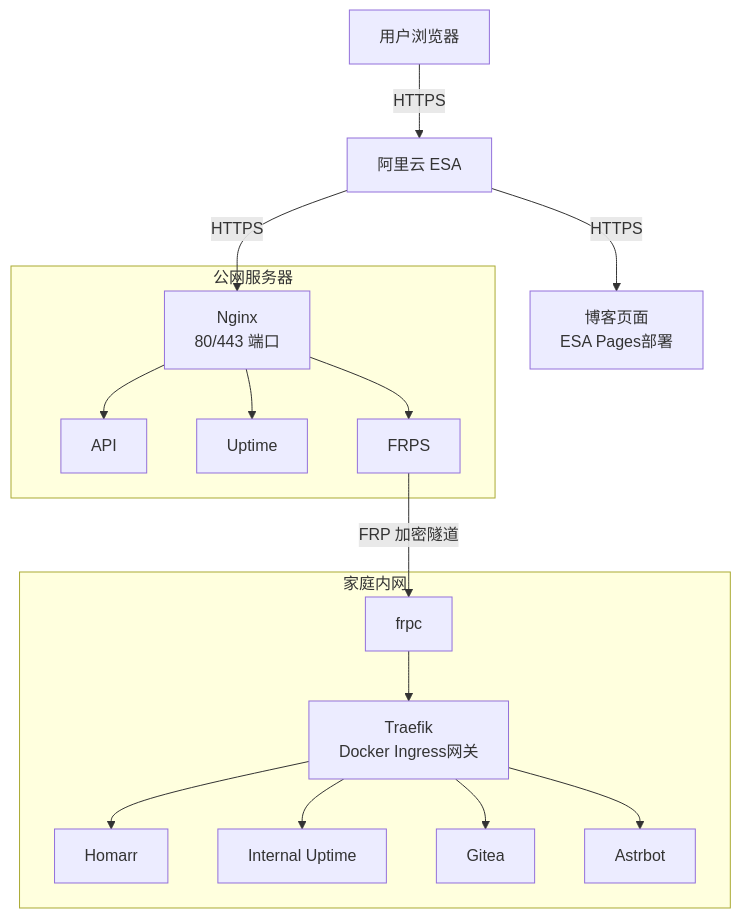
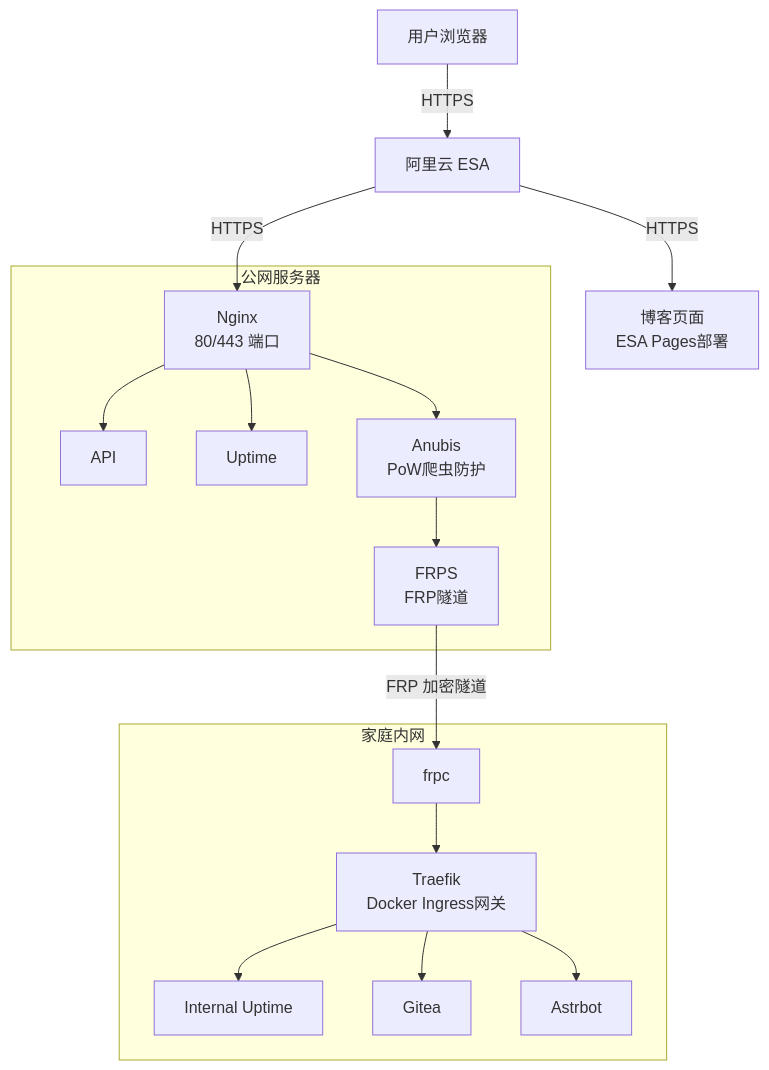
Before and after one commit to kyangconn/kyangconn.github.io: the diagram in source/about/index.md, drawn with Mermaid. The commit also changed 1 other file, not shown here.

Commit message:
更新博客

````diff
--- a/source/about/index.md
+++ b/source/about/index.md
@@ -50,23 +50,23 @@
 ```mermaid
 graph TD
     User[用户浏览器] -->|HTTPS| ESA[阿里云 ESA]
 
     ESA -->|HTTPS| ESA_Pages[博客页面<br/>ESA Pages部署]
     ESA -->|HTTPS| Nginx_ECS[Nginx<br/>80/443 端口]
 
     subgraph 公网服务器
         Nginx_ECS --> API
         Nginx_ECS --> Uptime
-        Nginx_ECS --> FRPS
+        Nginx_ECS --> Anubis[Anubis<br/>PoW爬虫防护]
+        Anubis --> FRPS[FRPS<br/>FRP隧道]
     end
 
     FRPS -->|FRP 加密隧道 | FRPC[frpc]
 
     subgraph 家庭内网
         FRPC --> Traefik[Traefik<br/>Docker Ingress网关]
-        Traefik --> Homarr[Homarr]
         Traefik --> Internal_Uptime[Internal Uptime]
         Traefik --> Gitea[Gitea]
         Traefik --> Astrbot[Astrbot]
     end
 ```
````
